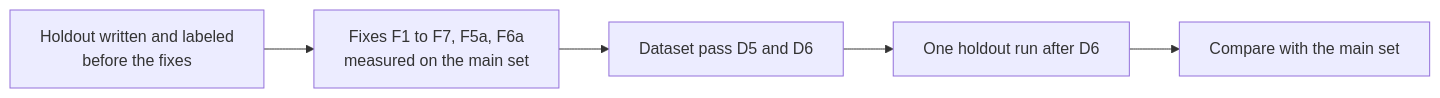
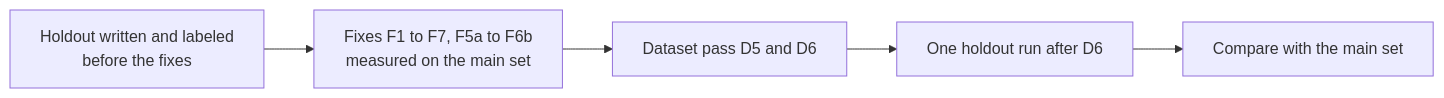
The diagram in apps/backend-py/tests/fixtures/eval/grounding_holdout/README.md (neoncircuit/job-raider), drawn with Mermaid before and after one commit. The commit also changed other lines of this file and 2 other files, not shown here.

````diff
--- a/apps/backend-py/tests/fixtures/eval/grounding_holdout/README.md
+++ b/apps/backend-py/tests/fixtures/eval/grounding_holdout/README.md
@@ -5,7 +5,7 @@
 ```mermaid
 flowchart LR
-    W[Holdout written and labeled<br/>before the fixes] --> F[Fixes F1 to F7, F5a, F6a<br/>measured on the main set]
+    W[Holdout written and labeled<br/>before the fixes] --> F[Fixes F1 to F7, F5a to F6b<br/>measured on the main set]
     F --> D[Dataset pass D5 and D6]
     D --> R[One holdout run after D6]
     R --> C[Compare with the main set]
 ```
````
